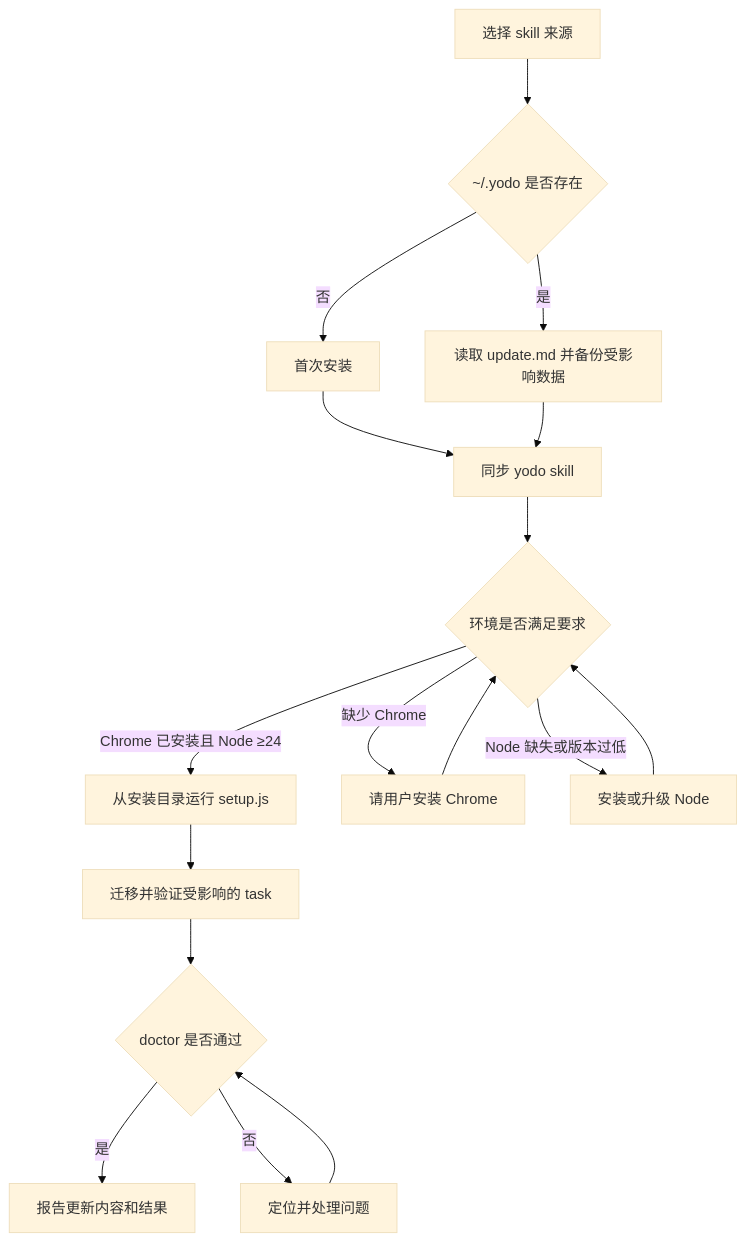
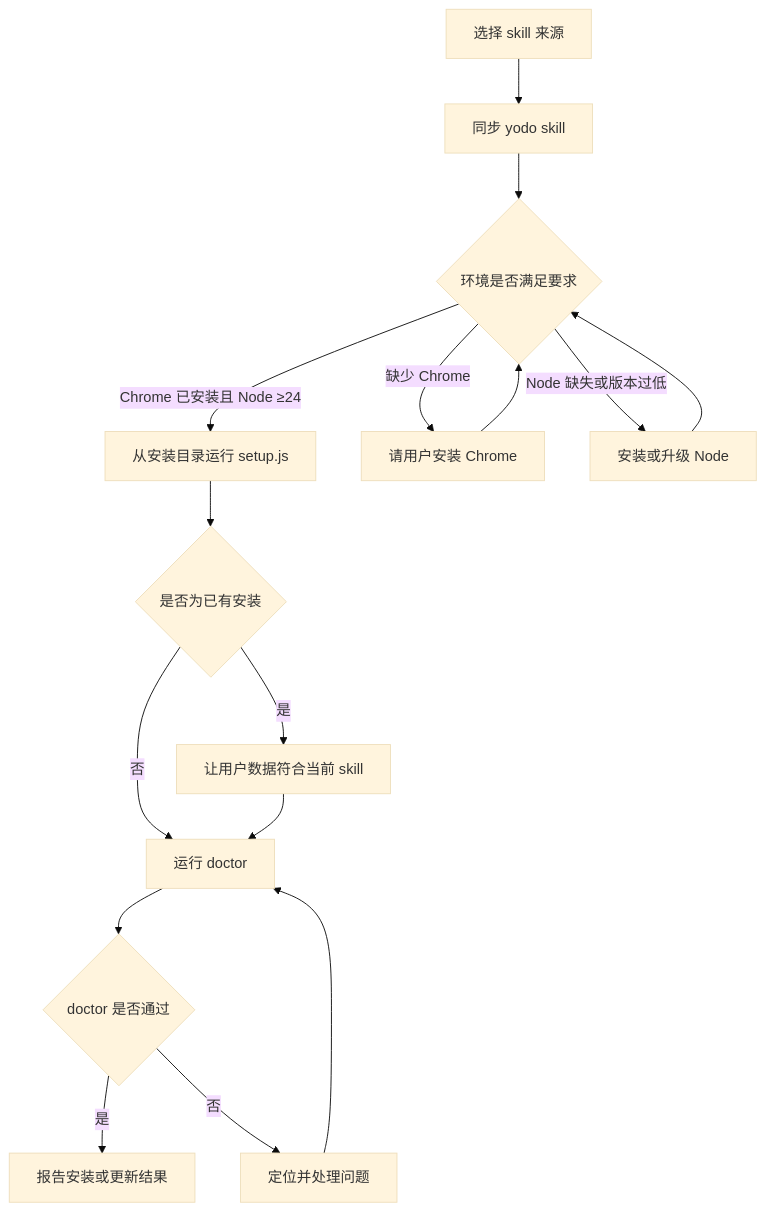
The diagram in skills/yodo/install.md (yanggggjie/yodo), drawn with Mermaid (base theme) before and after one commit. The commit also changed other lines of this file and 3 other files, not shown here.

````diff
--- a/skills/yodo/install.md
+++ b/skills/yodo/install.md
@@ -8,19 +8,18 @@
 ```mermaid
 flowchart TD
-  A[选择 skill 来源] --> B{~/.yodo 是否存在}
-  B -->|否| C[首次安装]
-  B -->|是| D[读取 update.md 并备份受影响数据]
-  C --> E[同步 yodo skill]
-  D --> E
-  E --> F{环境是否满足要求}
-  F -->|Chrome 已安装且 Node ≥24| G[从安装目录运行 setup.js]
-  F -->|缺少 Chrome| H[请用户安装 Chrome]
-  F -->|Node 缺失或版本过低| I[安装或升级 Node]
-  H --> F
-  I --> F
-  G --> J[迁移并验证受影响的 task]
+  A[选择 skill 来源] --> B[同步 yodo skill]
+  B --> C{环境是否满足要求}
+  C -->|Chrome 已安装且 Node ≥24| D[从安装目录运行 setup.js]
+  C -->|缺少 Chrome| E[请用户安装 Chrome]
+  C -->|Node 缺失或版本过低| F[安装或升级 Node]
+  E --> C
+  F --> C
+  D --> G{是否为已有安装}
+  G -->|否| J[运行 doctor]
+  G -->|是| H[让用户数据符合当前 skill]
+  H --> J
   J --> K{doctor 是否通过}
-  K -->|是| L[报告更新内容和结果]
+  K -->|是| L[报告安装或更新结果]
   K -->|否| M[定位并处理问题]
-  M --> K
+  M --> J
 ```
````
